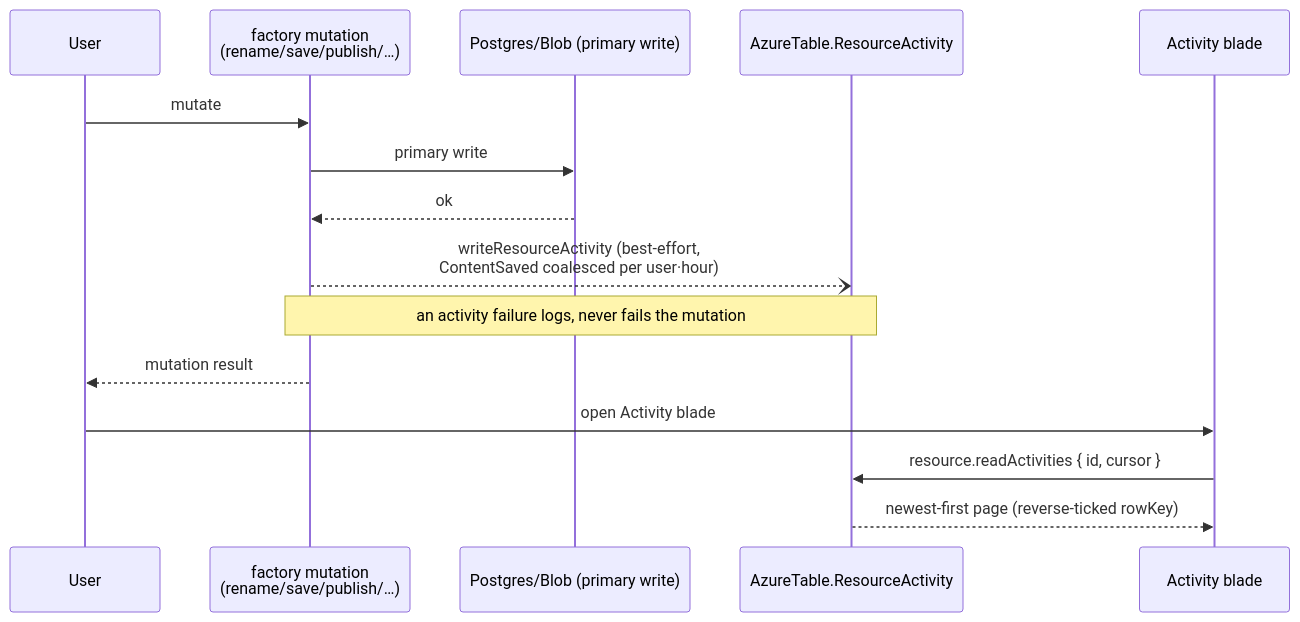
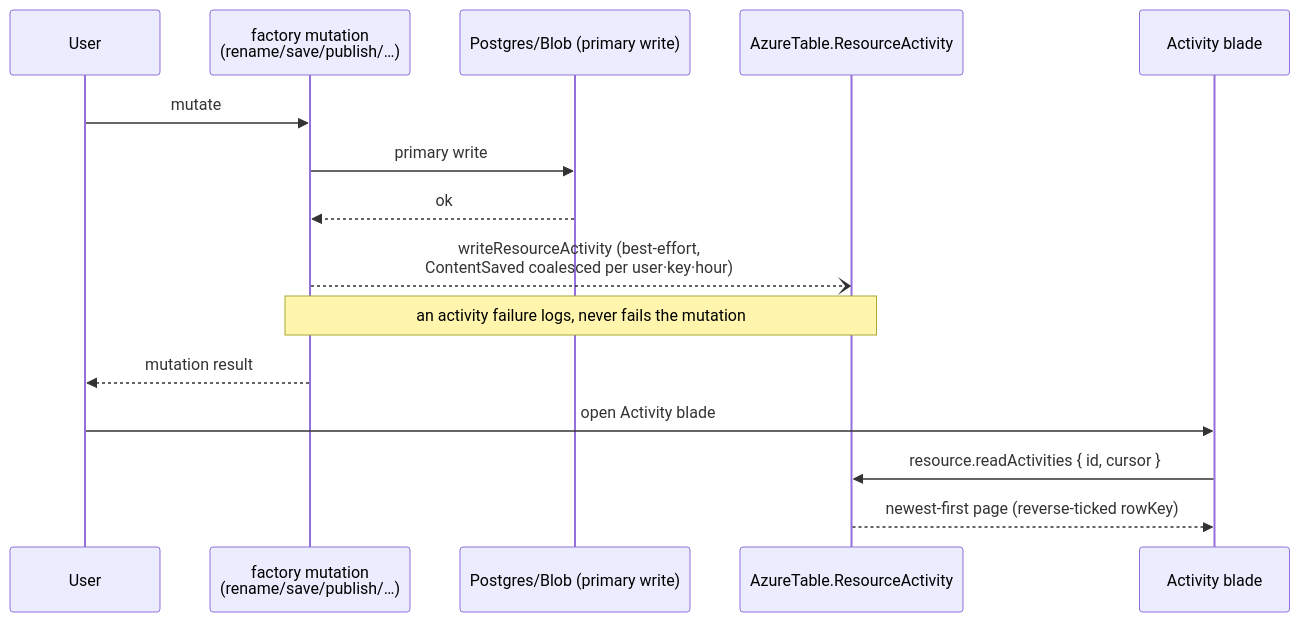
One commit to Esposter/Esposter changed the diagram in apps/web/content/docs/resource/activity-log.md. Above: the diagram before and after it, drawn with Mermaid. The commit also changed other lines of this file and 42 other files, not shown here.

````diff
--- a/apps/web/content/docs/resource/activity-log.md
+++ b/apps/web/content/docs/resource/activity-log.md
@@ -20,18 +20,18 @@
 ```mermaid
 sequenceDiagram
   participant U as User
   participant P as factory mutation<br/>(rename/save/publish/…)
   participant PG as Postgres/Blob (primary write)
   participant AT as AzureTable.ResourceActivity
   participant B as Activity blade
 
   U->>P: mutate
   P->>PG: primary write
   PG-->>P: ok
-  P--)AT: writeResourceActivity (best-effort,<br/>ContentSaved coalesced per user·hour)
+  P--)AT: writeResourceActivity (best-effort,<br/>ContentSaved coalesced per user·key·hour)
   Note over P,AT: an activity failure logs, never fails the mutation
   P-->>U: mutation result
   U->>B: open Activity blade
   B->>AT: resource.readActivities { id, cursor }
   AT-->>B: newest-first page (reverse-ticked rowKey)
 ```
````
